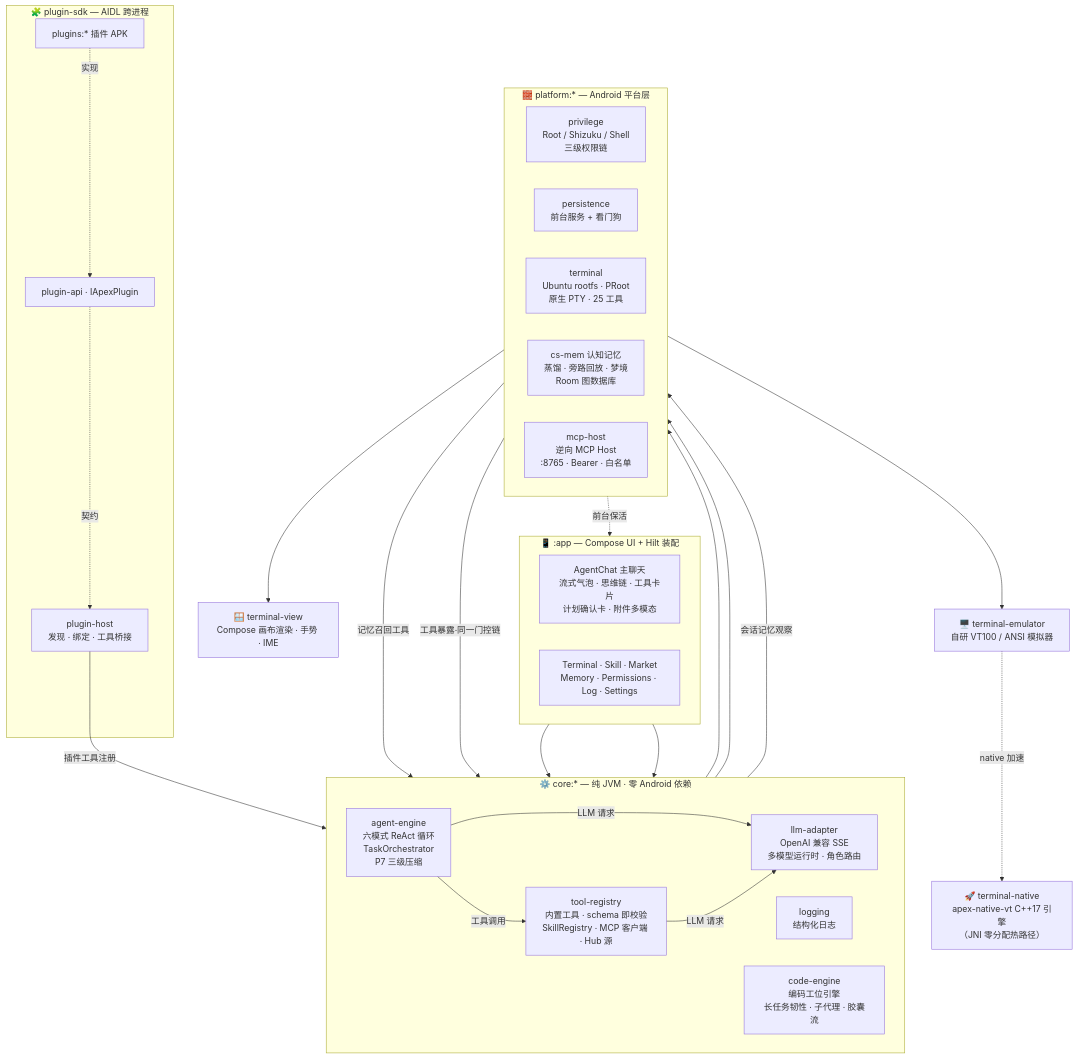
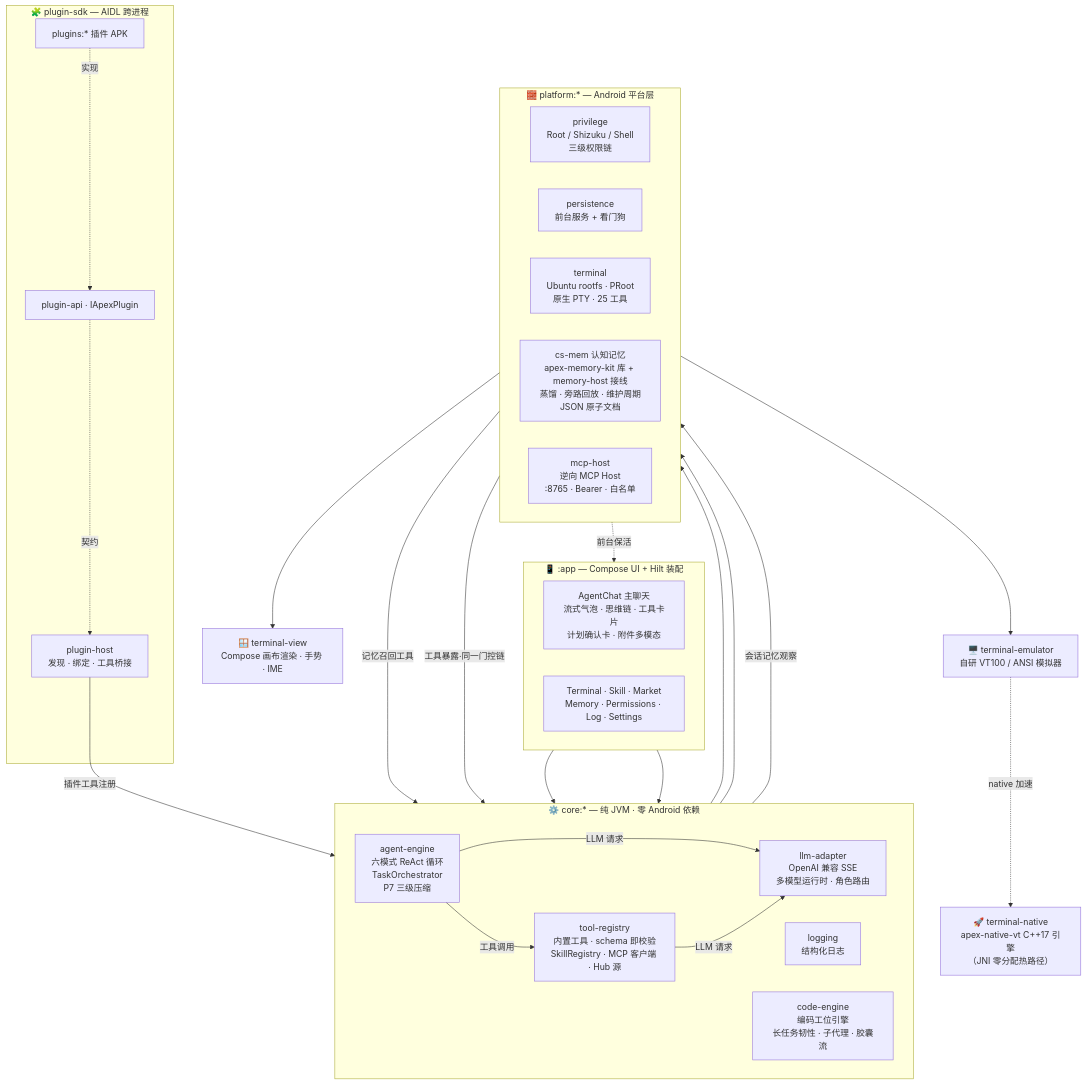
The first of 4 diagrams in README.md (Ultra-Guru/Android-Guru-Agent), drawn with Mermaid before and after one commit. The commit also changed other lines of this file and 75 other files, not shown here.

First line of the commit message:
feat(memory): 记忆系统完全重做 —— 拆库 apex-memory-kit + 宿主薄接线层

````diff
--- a/README.md
+++ b/README.md
@@ -259,54 +259,54 @@
 ```mermaid
 flowchart TB
     subgraph APP["📱 :app — Compose UI + Hilt 装配"]
         direction LR
         CHAT["AgentChat 主聊天<br/>流式气泡 · 思维链 · 工具卡片<br/>计划确认卡 · 附件多模态"]
         SCREENS["Terminal · Skill · Market<br/>Memory · Permissions · Log · Settings"]
     end
 
     subgraph CORE["⚙️ core:* — 纯 JVM · 零 Android 依赖"]
         direction LR
         ENGINE["agent-engine<br/>六模式 ReAct 循环<br/>TaskOrchestrator<br/>P7 三级压缩"]
         TOOLS["tool-registry<br/>内置工具 · schema 即校验<br/>SkillRegistry · MCP 客户端 · Hub 源"]
         LLM["llm-adapter<br/>OpenAI 兼容 SSE<br/>多模型运行时 · 角色路由"]
         LOGC["logging<br/>结构化日志"]
         CODEENG["code-engine<br/>编码工位引擎<br/>长任务韧性 · 子代理 · 胶囊流"]
     end
 
     subgraph PLAT["🧱 platform:* — Android 平台层"]
         direction LR
         PRIV["privilege<br/>Root / Shizuku / Shell<br/>三级权限链"]
         PERSIST["persistence<br/>前台服务 + 看门狗"]
         TERM["terminal<br/>Ubuntu rootfs · PRoot<br/>原生 PTY · 25 工具"]
-        CSMEM["cs-mem 认知记忆<br/>蒸馏 · 旁路回放 · 梦境<br/>Room 图数据库"]
+        CSMEM["cs-mem 认知记忆<br/>apex-memory-kit 库 + memory-host 接线<br/>蒸馏 · 旁路回放 · 维护周期<br/>JSON 原子文档"]
         MCPH["mcp-host<br/>逆向 MCP Host<br/>:8765 · Bearer · 白名单"]
     end
 
     VTE["🖥️ terminal-emulator<br/>自研 VT100 / ANSI 模拟器"]
     VTN["🚀 terminal-native<br/>apex-native-vt C++17 引擎<br/>（JNI 零分配热路径）"]
     TVW["🪟 terminal-view<br/>Compose 画布渲染 · 手势 · IME"]
 
     subgraph PLUG["🧩 plugin-sdk — AIDL 跨进程"]
         PAPI["plugin-api · IApexPlugin"]
         PHOST["plugin-host<br/>发现 · 绑定 · 工具桥接"]
         PLUGINS["plugins:* 插件 APK"]
     end
 
     CHAT --> ENGINE
     SCREENS --> ENGINE
     ENGINE -->|工具调用| TOOLS
     ENGINE -->|LLM 请求| LLM
     TOOLS -->|LLM 请求| LLM
     TOOLS --> PRIV
     TOOLS --> TERM
     CSMEM -->|记忆召回工具| TOOLS
     ENGINE -->|会话记忆观察| CSMEM
     TERM --> VTE
     VTE -.native 加速.-> VTN
     TERM --> TVW
     MCPH -->|工具暴露·同一门控链| TOOLS
     PHOST -->|插件工具注册| TOOLS
     PERSIST -.前台保活.-> APP
     PAPI -.契约.-> PHOST
     PLUGINS -.实现.-> PAPI
 ```
````
